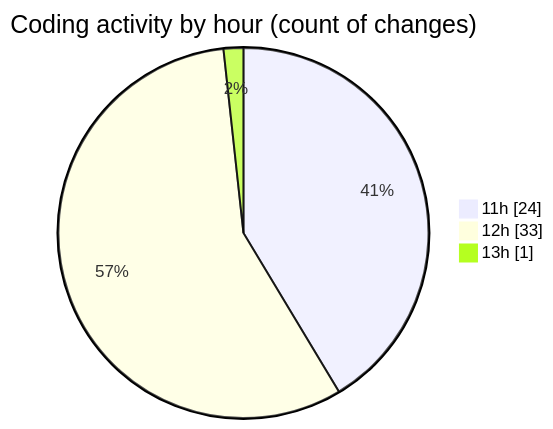
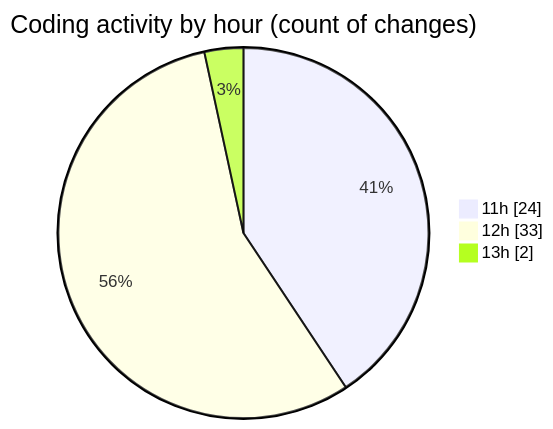
Before and after one commit to vahidmafi/code-tracking: the second of 2 diagrams in 2025-07-21/shop/README.md, drawn with Mermaid. The commit also changed other lines of this file and 1 other file, not shown here.

````diff
--- a/2025-07-21/shop/README.md
+++ b/2025-07-21/shop/README.md
@@ -35,7 +35,7 @@
 ```mermaid
 pie showData
 title Coding activity by hour (count of changes)
 "11h" : 24
 "12h" : 33
-"13h" : 1
+"13h" : 2
 ```
````
